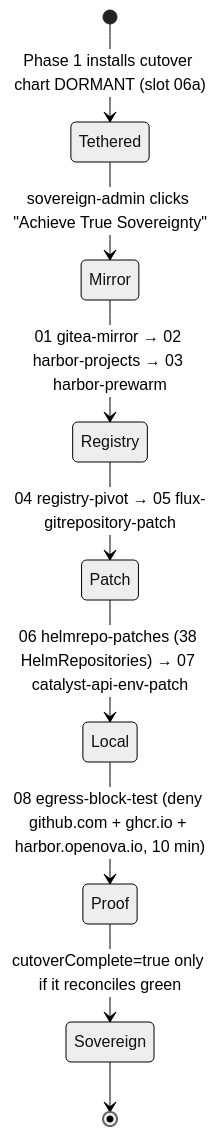
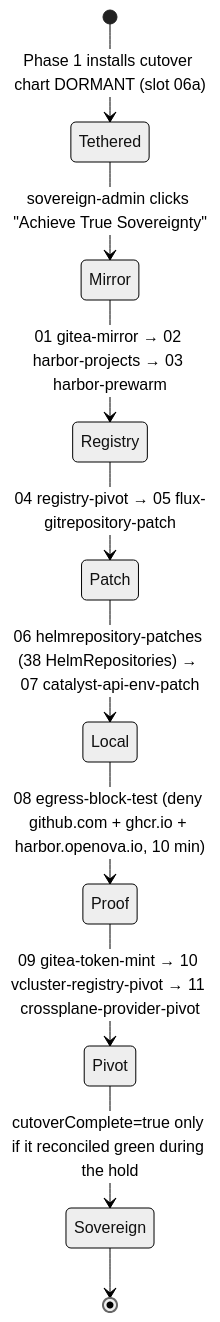
One commit to openova-io/openova changed the eighth of 14 diagrams in docs/ARCHITECTURE.md. Above: the diagram before and after it, drawn with Mermaid (neutral theme). The commit also changed other lines of this file and 101 other files, not shown here.

````diff
--- a/docs/ARCHITECTURE.md
+++ b/docs/ARCHITECTURE.md
@@ -618,11 +632,12 @@
 ```mermaid
 stateDiagram-v2
   [*] --> Tethered: Phase 1 installs cutover chart DORMANT (slot 06a)
   Tethered --> Mirror: sovereign-admin clicks "Achieve True Sovereignty"
   Mirror --> Registry: 01 gitea-mirror → 02 harbor-projects → 03 harbor-prewarm
   Registry --> Patch: 04 registry-pivot → 05 flux-gitrepository-patch
-  Patch --> Local: 06 helmrepo-patches (38 HelmRepositories) → 07 catalyst-api-env-patch
+  Patch --> Local: 06 helmrepository-patches (38 HelmRepositories) → 07 catalyst-api-env-patch
   Local --> Proof: 08 egress-block-test (deny github.com + ghcr.io + harbor.openova.io, 10 min)
-  Proof --> Sovereign: cutoverComplete=true only if it reconciles green
+  Proof --> Pivot: 09 gitea-token-mint → 10 vcluster-registry-pivot → 11 crossplane-provider-pivot
+  Pivot --> Sovereign: cutoverComplete=true only if it reconciled green during the hold
   Sovereign --> [*]
 ```
````
